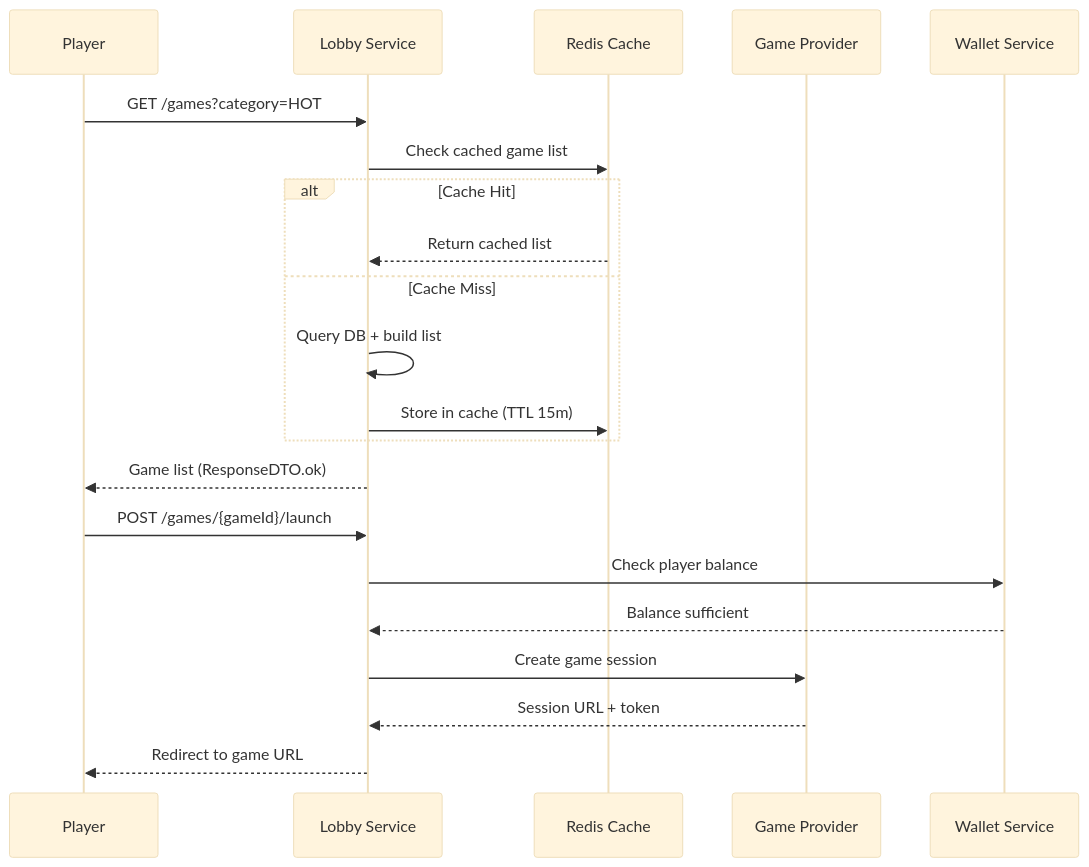
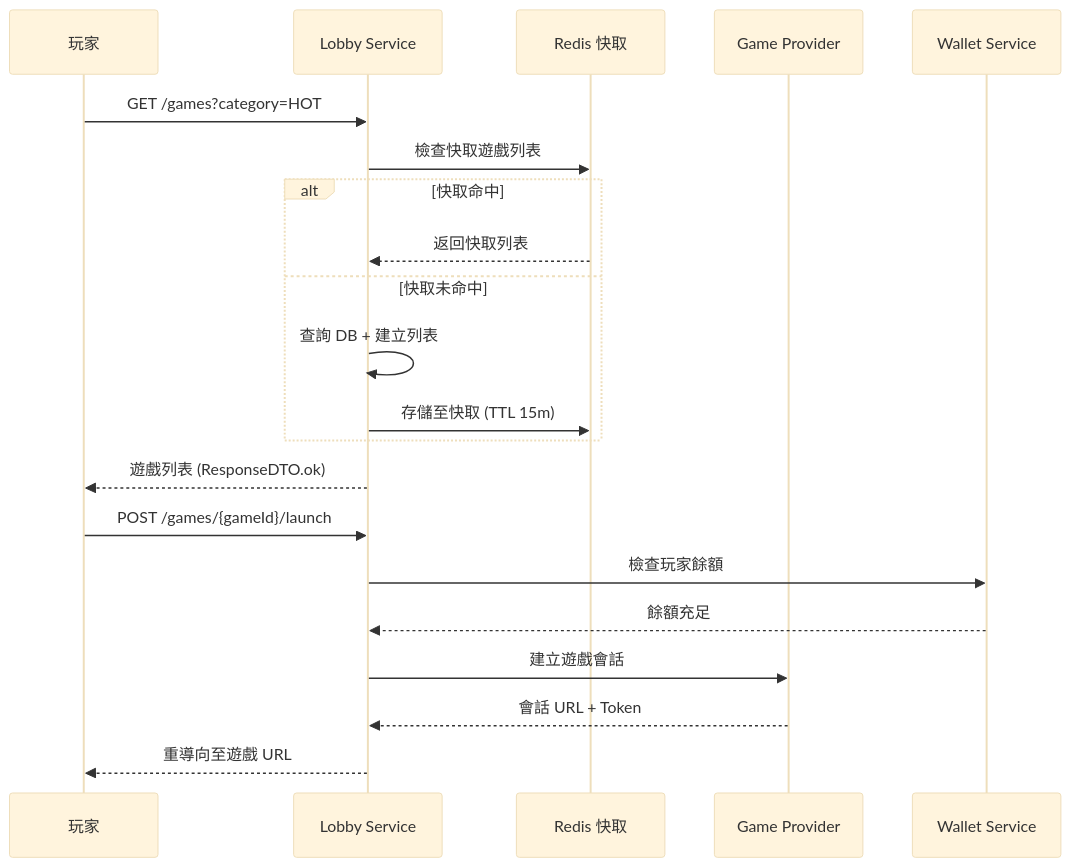
The diagram in docs/iGaming/architecture/03_Game_Integration/Game_Lobby_System.md (ron03wlb/smart-admin), drawn with Mermaid (base theme) before and after one commit. The commit also changed other lines of this file and 4 other files, not shown here.

````diff
--- a/docs/iGaming/architecture/03_Game_Integration/Game_Lobby_System.md
+++ b/docs/iGaming/architecture/03_Game_Integration/Game_Lobby_System.md
@@ -16,25 +16,25 @@
 ```mermaid
 sequenceDiagram
-    participant P as Player
+    participant P as 玩家
     participant L as Lobby Service
-    participant C as Redis Cache
+    participant C as Redis 快取
     participant GP as Game Provider
     participant W as Wallet Service
 
     P->>L: GET /games?category=HOT
-    L->>C: Check cached game list
-    alt Cache Hit
-        C-->>L: Return cached list
-    else Cache Miss
-        L->>L: Query DB + build list
-        L->>C: Store in cache (TTL 15m)
+    L->>C: 檢查快取遊戲列表
+    alt 快取命中
+        C-->>L: 返回快取列表
+    else 快取未命中
+        L->>L: 查詢 DB + 建立列表
+        L->>C: 存儲至快取 (TTL 15m)
     end
-    L-->>P: Game list (ResponseDTO.ok)
+    L-->>P: 遊戲列表 (ResponseDTO.ok)
 
     P->>L: POST /games/{gameId}/launch
-    L->>W: Check player balance
-    W-->>L: Balance sufficient
-    L->>GP: Create game session
-    GP-->>L: Session URL + token
-    L-->>P: Redirect to game URL
+    L->>W: 檢查玩家餘額
+    W-->>L: 餘額充足
+    L->>GP: 建立遊戲會話
+    GP-->>L: 會話 URL + Token
+    L-->>P: 重導向至遊戲 URL
 ```
````
